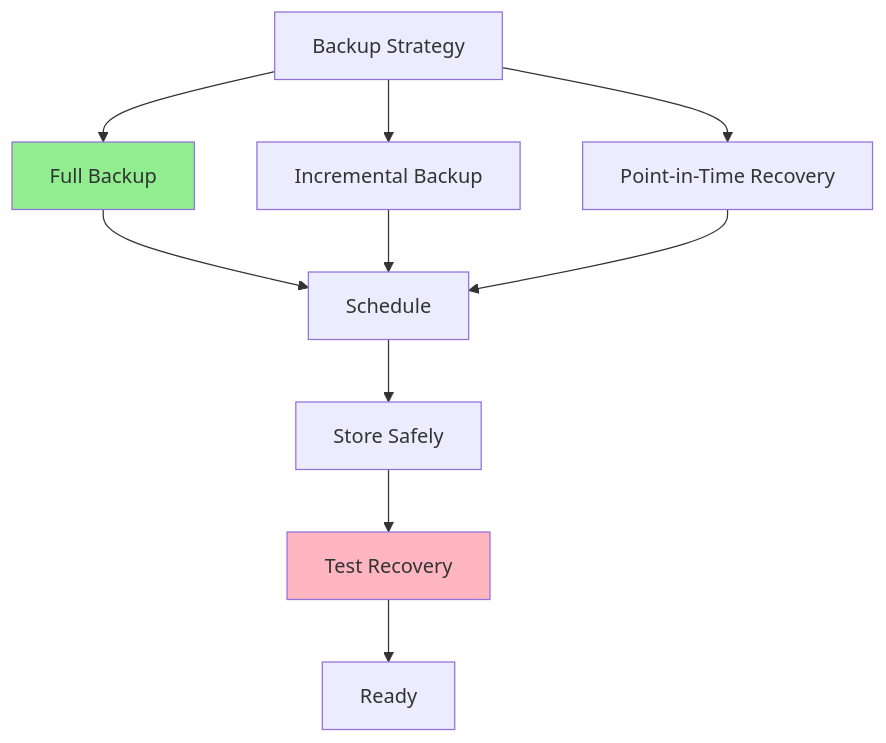
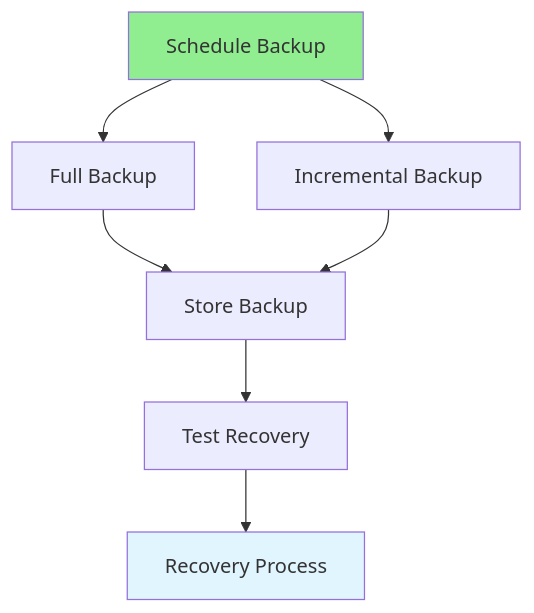
Before and after one commit to iouthnamain/tech-note: the diagram in Full-Stack-Guides/Group-06-Database-Analysis/06.14_Database_Backup_Recovery.md, drawn with Mermaid. The commit also changed other lines of this file and 480 other files, not shown here.

````diff
--- a/Full-Stack-Guides/Group-06-Database-Analysis/06.14_Database_Backup_Recovery.md
+++ b/Full-Stack-Guides/Group-06-Database-Analysis/06.14_Database_Backup_Recovery.md
@@ -22,17 +22,12 @@
 ```mermaid
 flowchart TD
-    Strategy[Backup Strategy] --> Full[Full Backup]
-    Strategy --> Incremental[Incremental Backup]
-    Strategy --> PointInTime[Point-in-Time Recovery]
+    Schedule[Schedule Backup] --> Full[Full Backup]
+    Schedule --> Incremental[Incremental Backup]
+    Full --> Store[Store Backup]
+    Incremental --> Store
+    Store --> Test[Test Recovery]
+    Test --> Recovery[Recovery Process]
     
-    Full --> Schedule[Schedule]
-    Incremental --> Schedule
-    PointInTime --> Schedule
-    
-    Schedule --> Store[Store Safely]
-    Store --> Test[Test Recovery]
-    Test --> Ready[Ready]
-    
-    style Full fill:#90EE90
-    style Test fill:#FFB6C1
+    style Schedule fill:#90EE90
+    style Recovery fill:#e1f5ff
 ```
````
